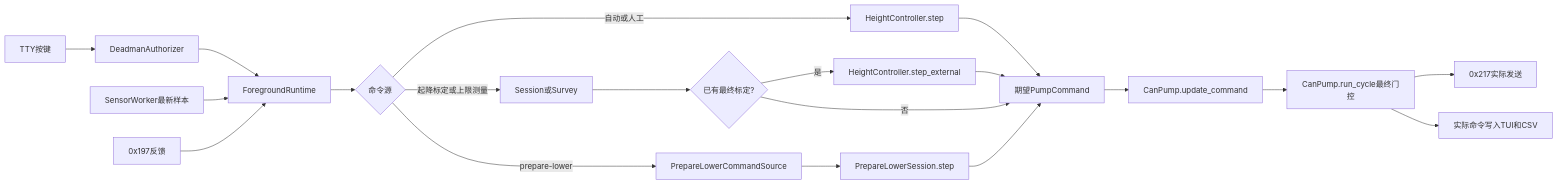
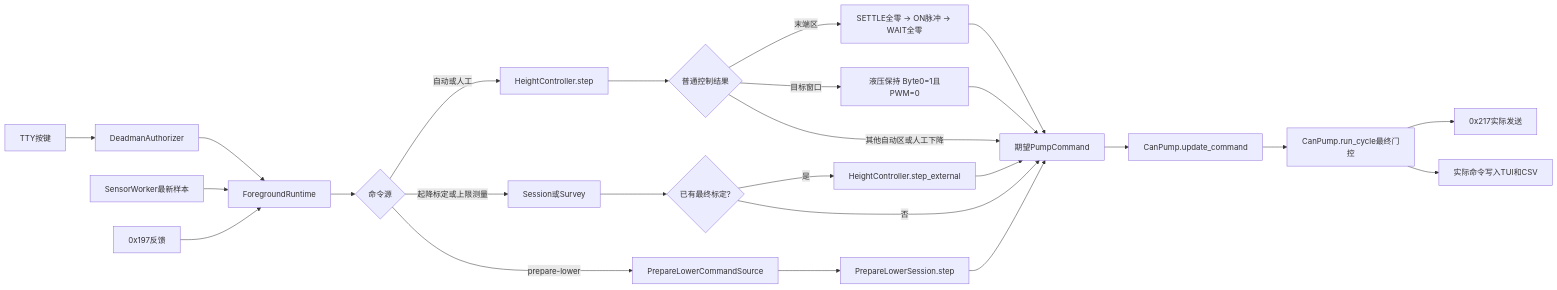
Before and after one commit to olCdo/agv-lift-height-control: the second of 3 diagrams in docs/维护地图.md, drawn with Mermaid. The commit also changed other lines of this file and 1 other file, not shown here.

````diff
--- a/docs/维护地图.md
+++ b/docs/维护地图.md
@@ -173,22 +176,27 @@
 ```mermaid
 flowchart LR
     T[TTY按键] --> A[DeadmanAuthorizer]
     S[SensorWorker最新样本] --> R[ForegroundRuntime]
     F[0x197反馈] --> R
     A --> R
     R --> M{命令源}
     M -->|自动或人工| C[HeightController.step]
     M -->|起降标定或上限测量| X[Session或Survey]
     M -->|prepare-lower| PL[PrepareLowerCommandSource]
     PL --> PS[PrepareLowerSession.step]
     PS --> P
     X --> D{已有最终标定?}
     D -->|是| Y[HeightController.step_external]
     D -->|否| P
-    C --> P[期望PumpCommand]
+    C --> HC{普通控制结果}
+    HC -->|末端区| TP[SETTLE全零 → ON脉冲 → WAIT全零]
+    HC -->|目标窗口| HH[液压保持 Byte0=1且PWM=0]
+    HC -->|其他自动区或人工下降| P[期望PumpCommand]
+    TP --> P
+    HH --> P
     Y --> P
     P --> Q[CanPump.update_command]
     Q --> Z[CanPump.run_cycle最终门控]
     Z --> CAN[0x217实际发送]
     Z --> L[实际命令写入TUI和CSV]
 ```
````
